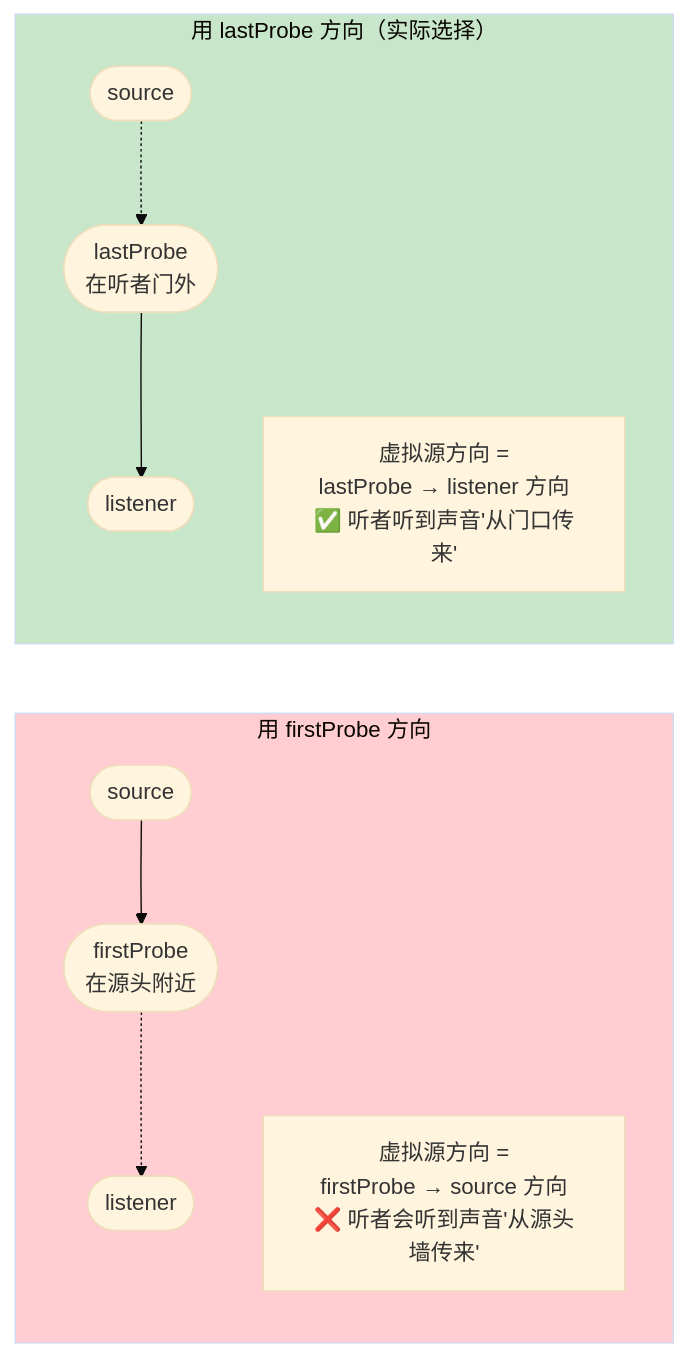
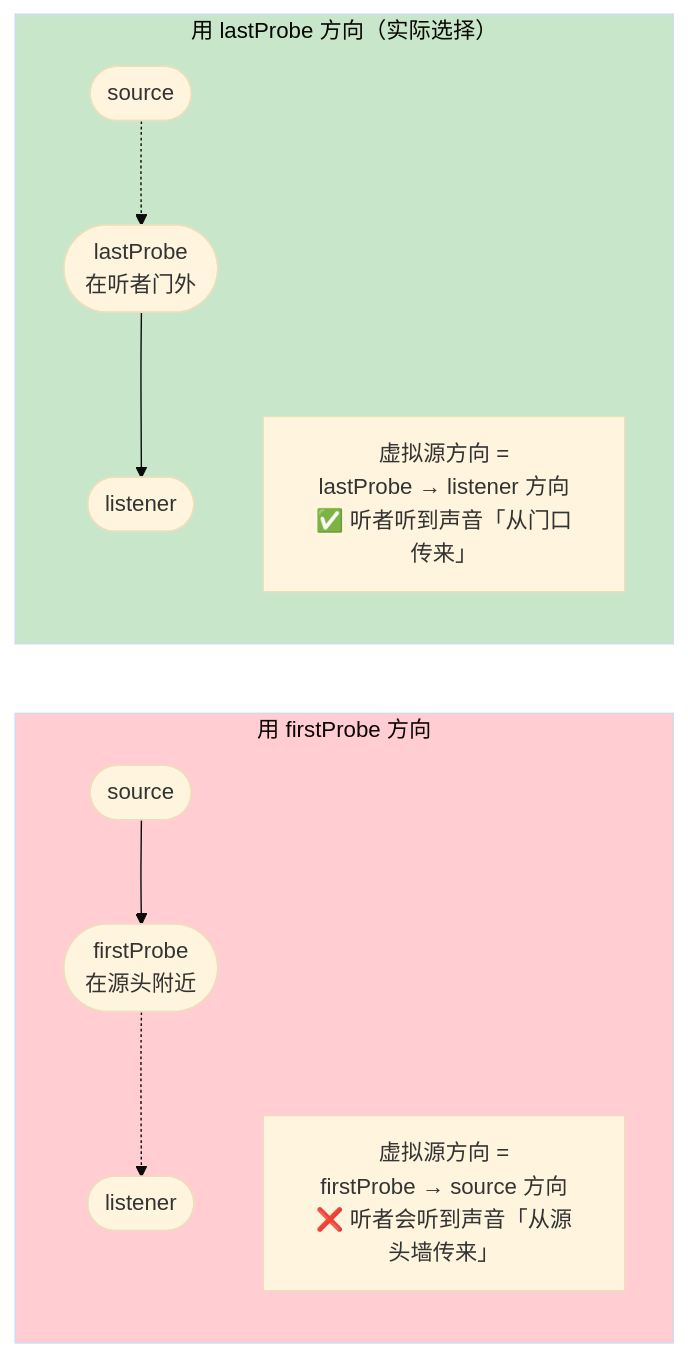
Before and after one commit to ohday/BranKm: the seventh of 7 diagrams in projects/acoustic-portal-baking/wiki/9. 运行时查询与 DSP.md, drawn with Mermaid (base theme). The commit also changed other lines of this file and 121 other files, not shown here.

````diff
--- a/projects/acoustic-portal-baking/wiki/9. 运行时查询与 DSP.md
+++ b/projects/acoustic-portal-baking/wiki/9. 运行时查询与 DSP.md
@@ -301,21 +301,21 @@
 ```mermaid
 flowchart LR
     subgraph FIRST["用 firstProbe 方向"]
-        S1([source])
-        A1([firstProbe<br/>在源头附近])
-        L1([listener])
+        S1(["source"])
+        A1(["firstProbe<br/>在源头附近"])
+        L1(["listener"])
         S1 --> A1 -.-> L1
-        N1["虚拟源方向 =<br/>firstProbe → source 方向<br/>❌ 听者会听到声音'从源头墙传来'"]
+        N1["虚拟源方向 =<br/>firstProbe → source 方向<br/>❌ 听者会听到声音「从源头墙传来」"]
     end
 
     subgraph LAST["用 lastProbe 方向（实际选择）"]
-        S2([source])
-        A2([lastProbe<br/>在听者门外])
-        L2([listener])
+        S2(["source"])
+        A2(["lastProbe<br/>在听者门外"])
+        L2(["listener"])
         S2 -.-> A2 --> L2
-        N2["虚拟源方向 =<br/>lastProbe → listener 方向<br/>✅ 听者听到声音'从门口传来'"]
+        N2["虚拟源方向 =<br/>lastProbe → listener 方向<br/>✅ 听者听到声音「从门口传来」"]
     end
 
     style FIRST fill:#ffcdd2
     style LAST fill:#c8e6c9
 ```
````
